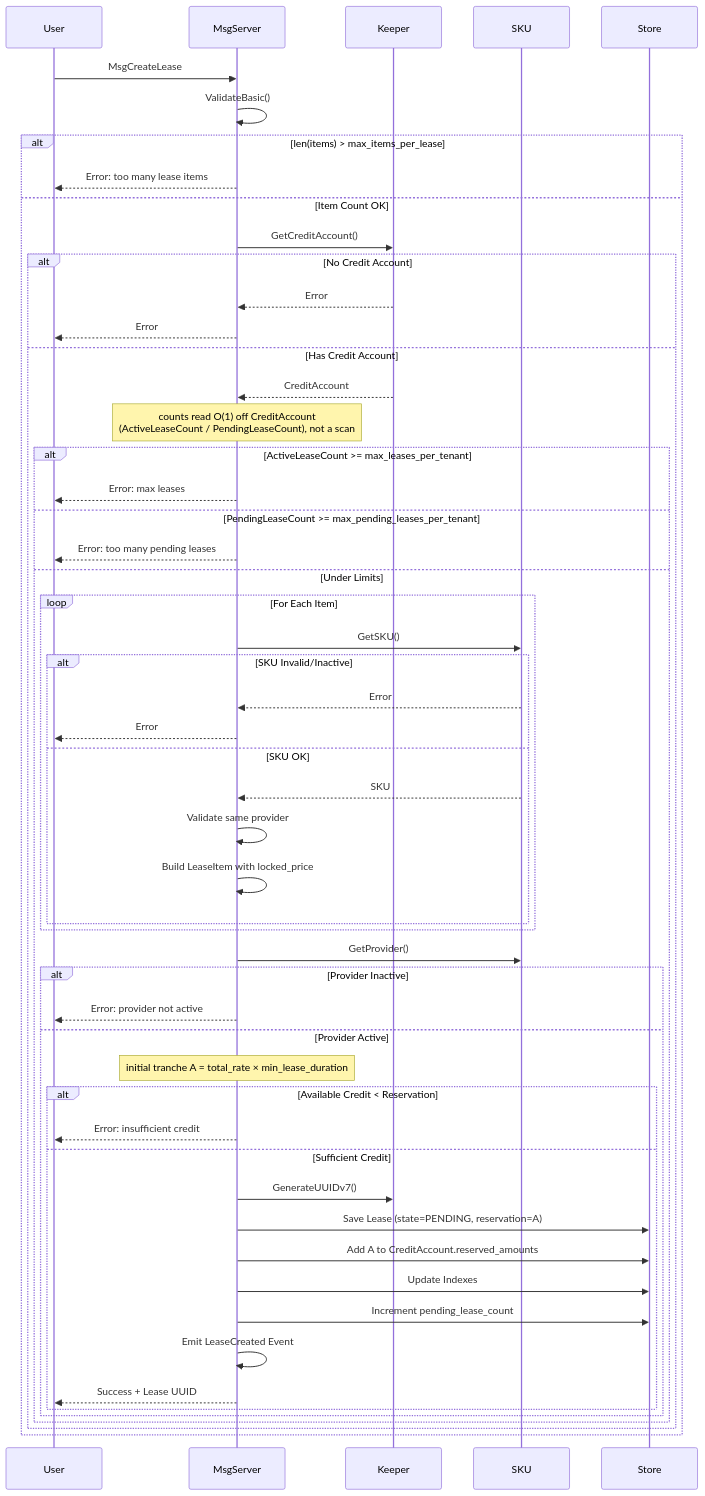
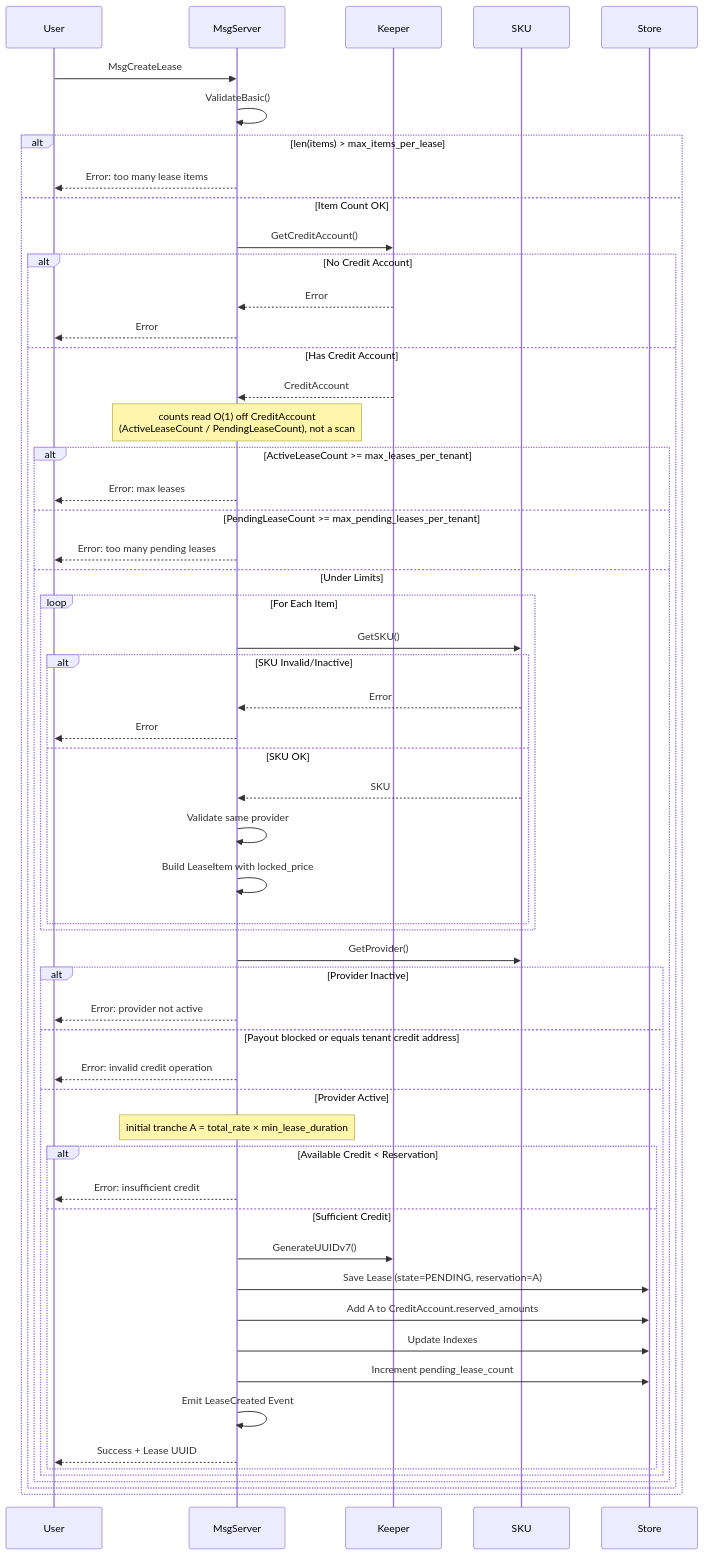
One commit to manifest-network/manifest-ledger changed the sixth of 13 diagrams in x/billing/docs/ARCHITECTURE.md. Above: the diagram before and after it, drawn with Mermaid. The commit also changed other lines of this file and 17 other files, not shown here.

````diff
--- a/x/billing/docs/ARCHITECTURE.md
+++ b/x/billing/docs/ARCHITECTURE.md
@@ -340,61 +340,63 @@
 ```mermaid
 sequenceDiagram
     participant User
     participant MsgServer
     participant Keeper
     participant SKU
     participant Store
     
     User->>MsgServer: MsgCreateLease
     MsgServer->>MsgServer: ValidateBasic()
     
     alt len(items) > max_items_per_lease
         MsgServer-->>User: Error: too many lease items
     else Item Count OK
         MsgServer->>Keeper: GetCreditAccount()
         
         alt No Credit Account
             Keeper-->>MsgServer: Error
             MsgServer-->>User: Error
         else Has Credit Account
             Keeper-->>MsgServer: CreditAccount
             Note over MsgServer: counts read O(1) off CreditAccount<br/>(ActiveLeaseCount / PendingLeaseCount), not a scan
             
             alt ActiveLeaseCount >= max_leases_per_tenant
                 MsgServer-->>User: Error: max leases
             else PendingLeaseCount >= max_pending_leases_per_tenant
                 MsgServer-->>User: Error: too many pending leases
             else Under Limits
                 loop For Each Item
                     MsgServer->>SKU: GetSKU()
                     alt SKU Invalid/Inactive
                         SKU-->>MsgServer: Error
                         MsgServer-->>User: Error
                     else SKU OK
                         SKU-->>MsgServer: SKU
                         MsgServer->>MsgServer: Validate same provider
                         MsgServer->>MsgServer: Build LeaseItem with locked_price
                     end
                 end
                 
                 MsgServer->>SKU: GetProvider()
                 alt Provider Inactive
                     MsgServer-->>User: Error: provider not active
+                else Payout blocked or equals tenant credit address
+                    MsgServer-->>User: Error: invalid credit operation
                 else Provider Active
                     Note over MsgServer: initial tranche A = total_rate × min_lease_duration
                     alt Available Credit < Reservation
                         MsgServer-->>User: Error: insufficient credit
                     else Sufficient Credit
                         MsgServer->>Keeper: GenerateUUIDv7()
                         MsgServer->>Store: Save Lease (state=PENDING, reservation=A)
                         MsgServer->>Store: Add A to CreditAccount.reserved_amounts
                         MsgServer->>Store: Update Indexes
                         MsgServer->>Store: Increment pending_lease_count
                         MsgServer->>MsgServer: Emit LeaseCreated Event
                         MsgServer-->>User: Success + Lease UUID
                     end
                 end
             end
         end
     end
 ```
````
